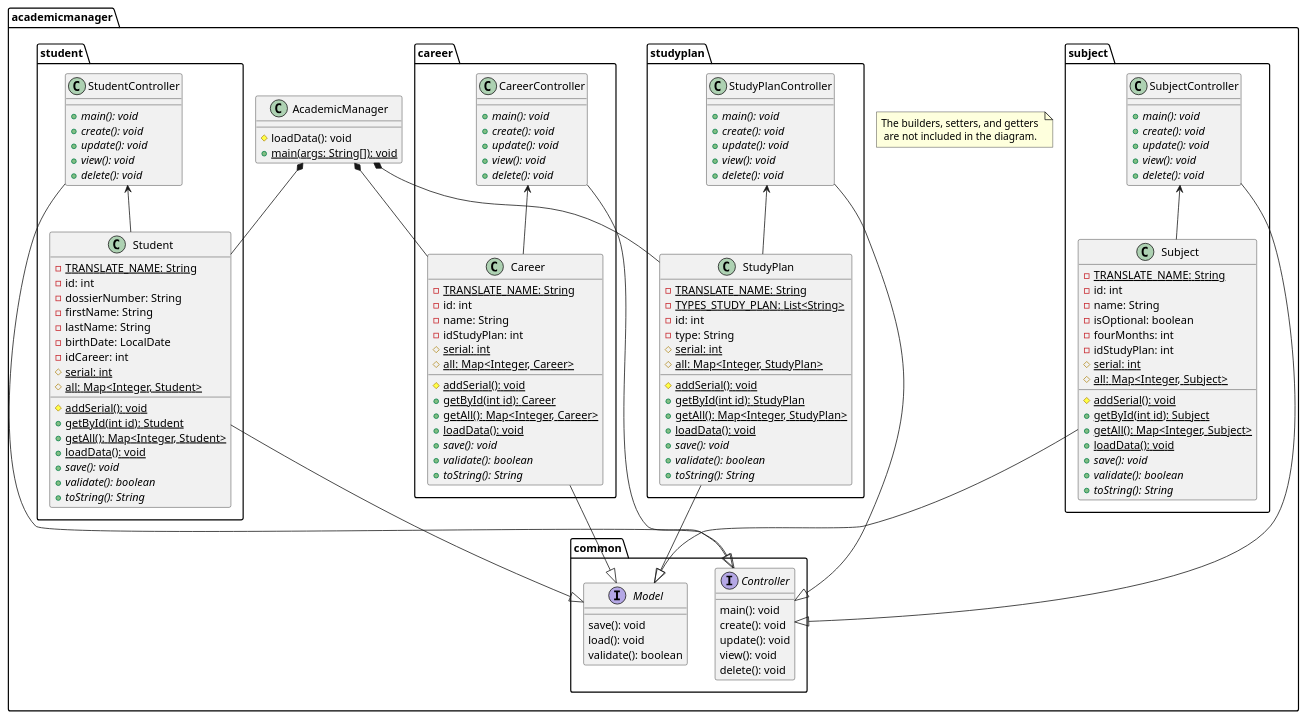
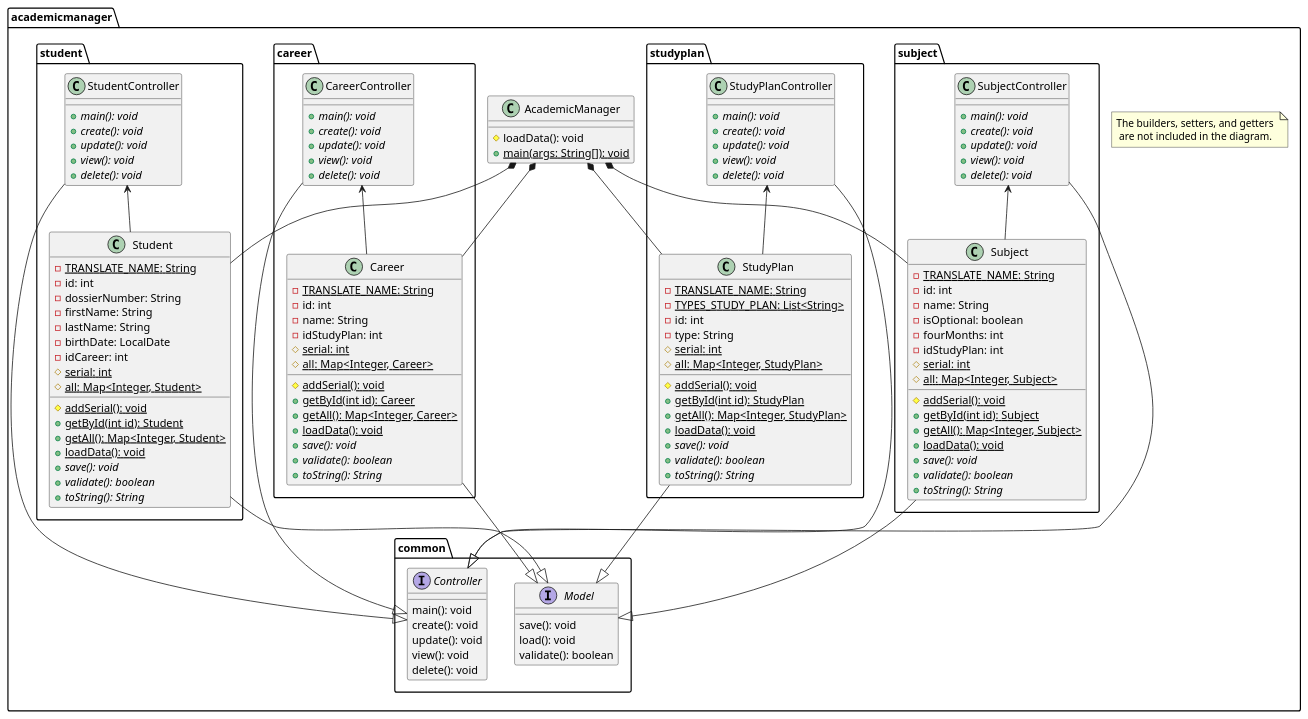
Before and after one commit to GiulianoPoeta99/tpi-gestor-academico: the diagram in AcademicManager.puml, drawn with PlantUML. The commit also changed 1 other file, not shown here.

```diff
--- a/AcademicManager.puml
+++ b/AcademicManager.puml
@@ -1,198 +1,199 @@
 @startuml AcademicManager
 
 
 package academicmanager {
     note "The builders, setters, and getters \n are not included in the diagram." as N1
 
     class AcademicManager {
         # loadData(): void
         {static} + main(args: String[]): void
     }
 
     ' ==========================================================================
 
     package common {
 
         interface Model {
             save(): void
             load(): void
             validate(): boolean
         }
 
         interface Controller {
             main(): void
             create(): void
             update(): void
             view(): void
             delete(): void
         }
 
     }
 
     ' ==========================================================================
 
     package student {
         
         class Student {
             {static} - TRANSLATE_NAME: String
             - id: int
             - dossierNumber: String
             - firstName: String
             - lastName: String
             - birthDate: LocalDate
             - idCareer: int
             {static} # serial: int
             {static} # all: Map<Integer, Student>
 
             {static} # addSerial(): void
             {static} + getById(int id): Student
             {static} + getAll(): Map<Integer, Student>
             {static} + loadData(): void
             {abstract} + save(): void
             {abstract} + validate(): boolean
             {abstract} + toString(): String
         }
 
         class StudentController {
             {abstract} + main(): void
             {abstract} + create(): void
             {abstract} + update(): void
             {abstract} + view(): void
             {abstract} + delete(): void
         }
 
     }
     
     ' ==========================================================================
 
     package career {
         
         class Career {
             {static} - TRANSLATE_NAME: String
             - id: int
             - name: String
             - idStudyPlan: int
             {static} # serial: int
             {static} # all: Map<Integer, Career>
 
             {static} # addSerial(): void
             {static} + getById(int id): Career
             {static} + getAll(): Map<Integer, Career>
             {static} + loadData(): void
             {abstract} + save(): void
             {abstract} + validate(): boolean
             {abstract} + toString(): String
         }
 
         class CareerController {
             {abstract} + main(): void
             {abstract} + create(): void
             {abstract} + update(): void
             {abstract} + view(): void
             {abstract} + delete(): void
         }
 
     }
 
     ' ==========================================================================
 
     package studyplan {
         
         class StudyPlan {
             {static} - TRANSLATE_NAME: String
             {static} - TYPES_STUDY_PLAN: List<String>
             - id: int
             - type: String
             {static} # serial: int
             {static} # all: Map<Integer, StudyPlan>
 
             {static} # addSerial(): void
             {static} + getById(int id): StudyPlan
             {static} + getAll(): Map<Integer, StudyPlan>
             {static} + loadData(): void
             {abstract} + save(): void
             {abstract} + validate(): boolean
             {abstract} + toString(): String
         }
 
         class StudyPlanController {
             {abstract} + main(): void
             {abstract} + create(): void
             {abstract} + update(): void
             {abstract} + view(): void
             {abstract} + delete(): void
         }
 
     }
 
     package subject {
         
         class Subject {
             {static} - TRANSLATE_NAME: String
             - id: int
             - name: String
             - isOptional: boolean
             - fourMonths: int
             - idStudyPlan: int
             {static} # serial: int
             {static} # all: Map<Integer, Subject>
 
             {static} # addSerial(): void
             {static} + getById(int id): Subject
             {static} + getAll(): Map<Integer, Subject>
             {static} + loadData(): void
             {abstract} + save(): void
             {abstract} + validate(): boolean
             {abstract} + toString(): String
         }
 
         class SubjectController {
             {abstract} + main(): void
             {abstract} + create(): void
             {abstract} + update(): void
             {abstract} + view(): void
             {abstract} + delete(): void
         }
 
     }
 }
 
 ' ==============================================================================
 ' conexiones de clases
 
 ' main
 AcademicManager *-- Student
 AcademicManager *-- Career
 AcademicManager *-- StudyPlan 
+AcademicManager *-- Subject
 
 ' estudiantes 
 
 Student --|> Model
 
 StudentController --|> Controller
 StudentController <-- Student
 
 ' carreras
 
 Career --|> Model
 
 CareerController --|> Controller
 CareerController <-- Career
 
 ' plan de Estudio
 
 StudyPlan --|> Model
 
 StudyPlanController --|> Controller
 StudyPlanController <-- StudyPlan
 
 ' carrera
 
 Subject --|> Model
 
 SubjectController --|> Controller
 SubjectController <-- Subject
 
 ' ==============================================================================
 
 @enduml
```
